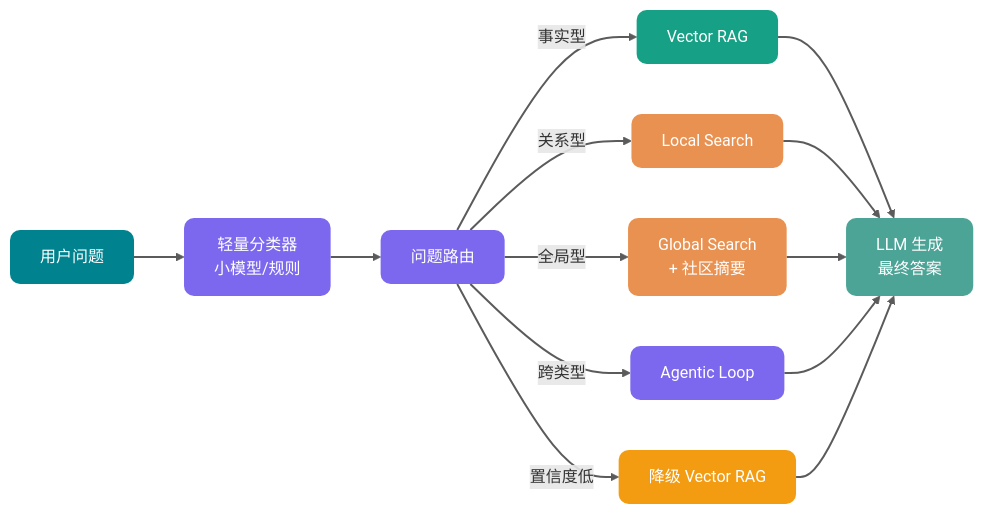
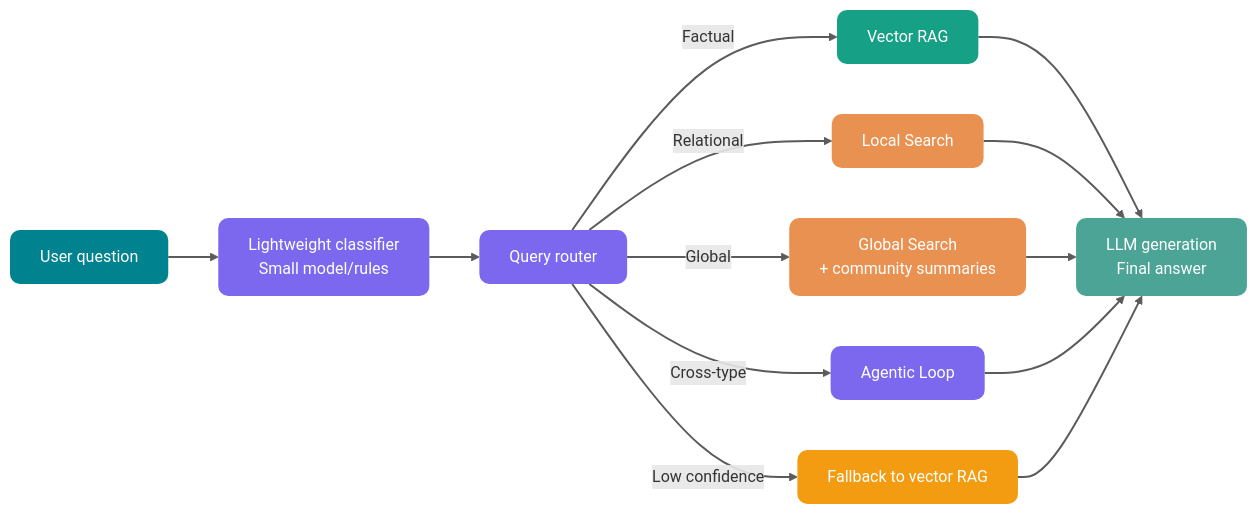
Before and after one commit to m3h3d1/JavaGuideEn: the diagram in docs/ai/rag/graphrag.md, drawn with Mermaid. The commit also changed other lines of this file and 128 other files, not shown here.

````diff
--- a/docs/ai/rag/graphrag.md
+++ b/docs/ai/rag/graphrag.md
@@ -485,31 +485,31 @@
 ```mermaid
 flowchart LR
-    %% ========== 配色声明 ==========
+    %% ========== Color definitions ==========
     classDef client fill:#00838F,color:#FFFFFF,stroke:none,rx:10,ry:10
     classDef gateway fill:#7B68EE,color:#FFFFFF,stroke:none,rx:10,ry:10
     classDef business fill:#E99151,color:#FFFFFF,stroke:none,rx:10,ry:10
     classDef search fill:#16A085,color:#FFFFFF,stroke:none,rx:10,ry:10
     classDef success fill:#4CA497,color:#FFFFFF,stroke:none,rx:10,ry:10
     classDef warning fill:#F39C12,color:#FFFFFF,stroke:none,rx:10,ry:10
 
-    Q[用户问题]:::client
-    Classifier[轻量分类器<br/>小模型/规则]:::gateway
-    Router[问题路由]:::gateway
+    Q[User question]:::client
+    Classifier[Lightweight classifier<br/>Small model/rules]:::gateway
+    Router[Query router]:::gateway
 
     V[Vector RAG]:::search
     Local[Local Search]:::business
-    Global[Global Search<br/>+ 社区摘要]:::business
+    Global[Global Search<br/>+ community summaries]:::business
     Agent[Agentic Loop]:::gateway
-    Fallback[降级 Vector RAG]:::warning
+    Fallback[Fallback to vector RAG]:::warning
 
     Q --> Classifier --> Router
-    Router -->|事实型| V
-    Router -->|关系型| Local
-    Router -->|全局型| Global
-    Router -->|跨类型| Agent
-    Router -->|置信度低| Fallback
+    Router -->|Factual| V
+    Router -->|Relational| Local
+    Router -->|Global| Global
+    Router -->|Cross-type| Agent
+    Router -->|Low confidence| Fallback
 
-    V & Local & Global & Agent & Fallback --> Answer[LLM 生成<br/>最终答案]:::success
+    V & Local & Global & Agent & Fallback --> Answer[LLM generation<br/>Final answer]:::success
 
     linkStyle default stroke-width:2px,stroke:#333333,opacity:0.8
 ```
````
